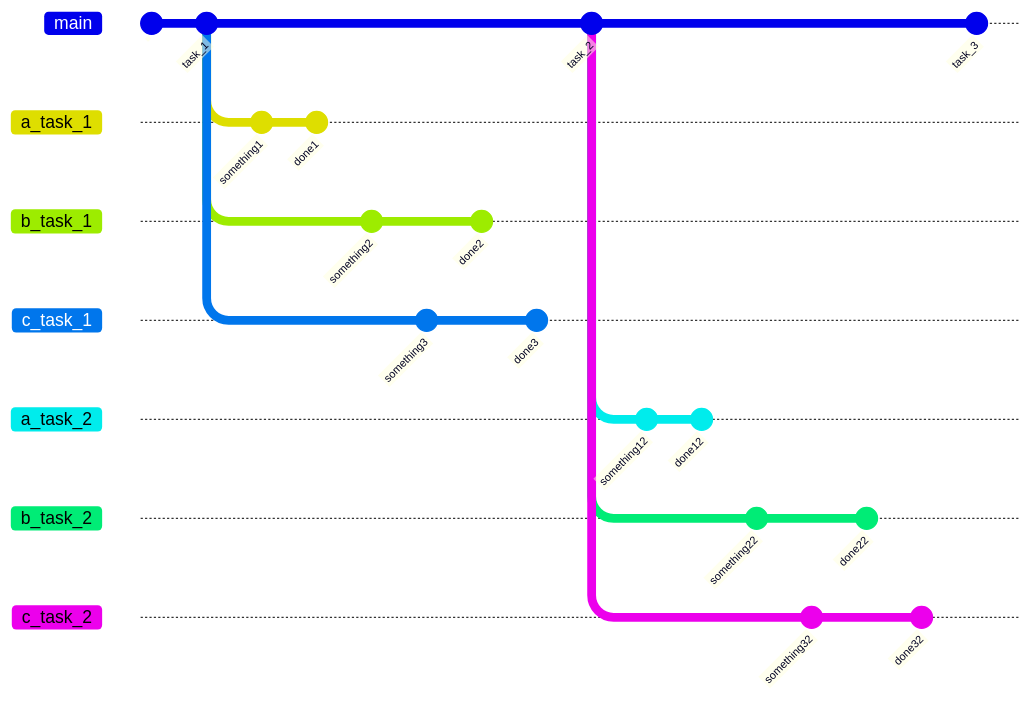
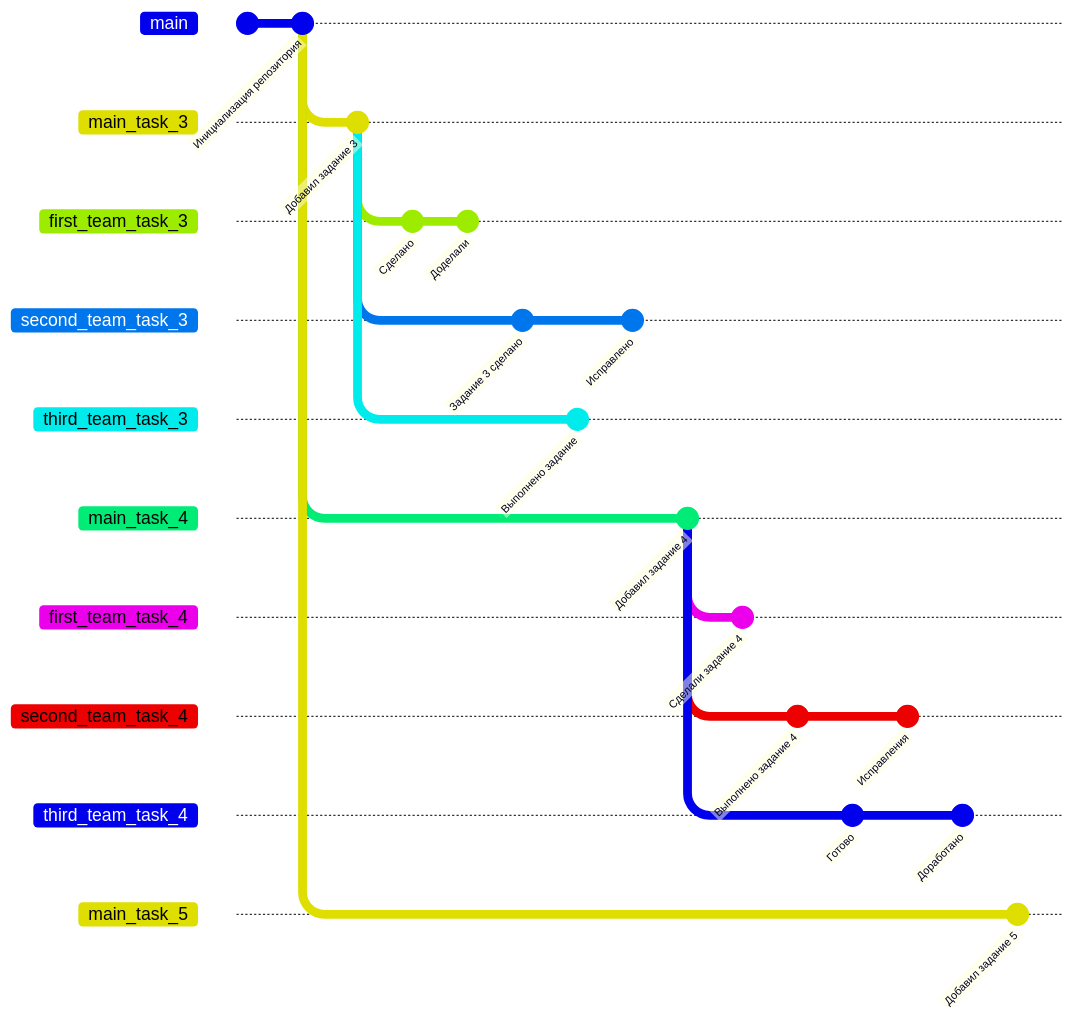
One commit to HSE-algo-23-crow/docs changed the second of 2 diagrams in Описание структуры ветвления ручных и программных задач.md. Above: the diagram before and after it, drawn with Mermaid.

Commit message:
Доработана диаграмма

````diff
--- a/Описание структуры ветвления ручных и программных задач.md
+++ b/Описание структуры ветвления ручных и программных задач.md
@@ -61,41 +61,45 @@
 ```mermaid
 gitGraph
     commit id:" "
-    commit id:"task_1"
-    branch a_task_1
-    branch b_task_1
-    branch c_task_1
-    checkout a_task_1
-    commit id:"something1"
-    commit id:"done1"
-    checkout b_task_1
-    commit id:"something2"
-    checkout c_task_1
-    commit id:"something3"
+    commit id:"Инициализация репозитория"
+    branch main_task_3
+    checkout main_task_3
+    commit id:"Добавил задание 3"
+    branch first_team_task_3
+    branch second_team_task_3
+    branch third_team_task_3
+    checkout first_team_task_3
+    commit id:"Сделано"
+    commit id:"Доделали"
+    checkout second_team_task_3
+    commit id:"Задание 3 сделано"
+    checkout third_team_task_3
+    commit id:"Выполнено задание"
     checkout main
-    checkout b_task_1
-    commit id:"done2"
+    checkout second_team_task_3
+    commit id:"Исправлено"
     checkout main
-    checkout c_task_1
-    commit id:"done3"
     checkout main
-    commit id:"task_2"
-    branch a_task_2
-    branch b_task_2
-    branch c_task_2
-    checkout a_task_2
-    commit id:"something12"
-    commit id:"done12"
-    checkout b_task_2
-    commit id:"something22"
-    checkout c_task_2
-    commit id:"something32"
+    branch main_task_4
+    checkout main_task_4
+    commit id:"Добавил задание 4"
+    branch first_team_task_4
+    branch second_team_task_4
+    branch third_team_task_4
+    checkout first_team_task_4
+    commit id:"Сделали задание 4"
+    checkout second_team_task_4
+    commit id:"Выполнено задание 4"
+    checkout third_team_task_4
+    commit id:"Готово"
     checkout main
-    checkout b_task_2
-    commit id:"done22"
+    checkout second_team_task_4
+    commit id:"Исправления"
     checkout main
-    checkout c_task_2
-    commit id:"done32"
+    checkout third_team_task_4
+    commit id:"Доработано"
     checkout main
-    commit id:"task_3"
+    branch main_task_5
+    checkout main_task_5
+    commit id:"Добавил задание 5"
 ```
````
